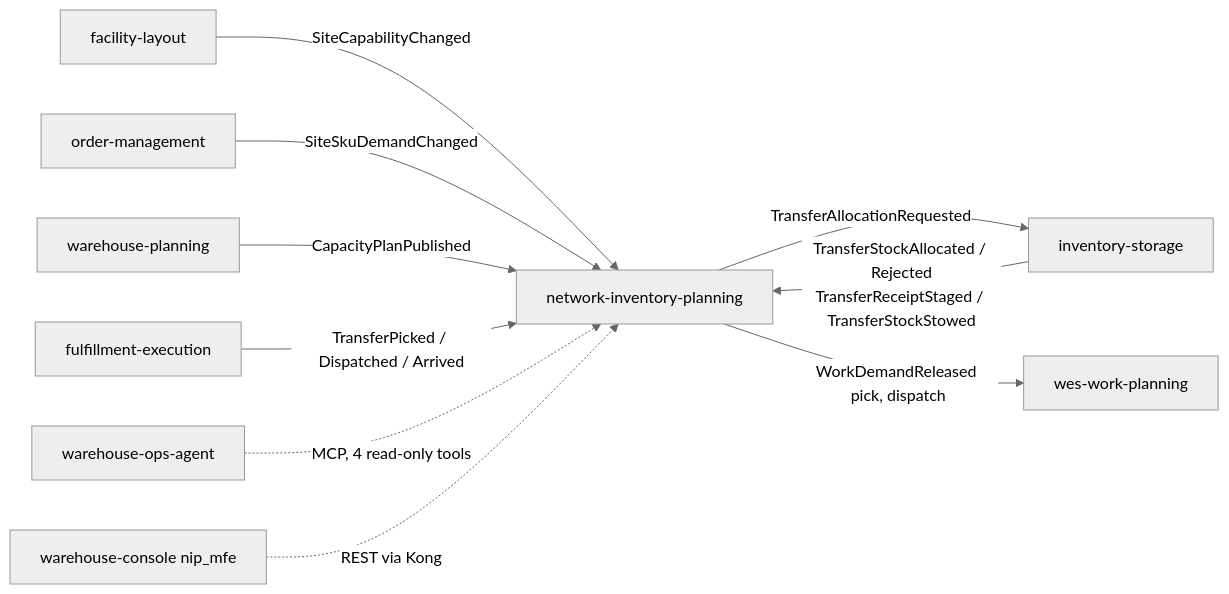
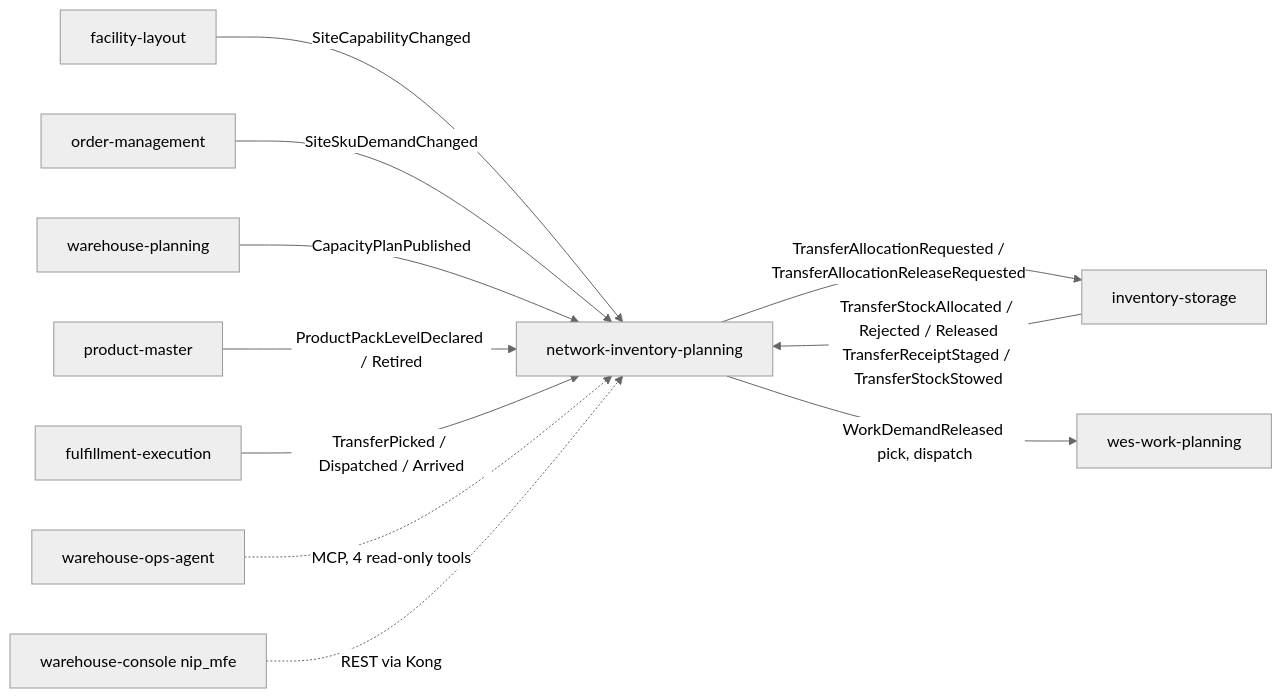
One commit to IQVO/network-inventory-planning changed the diagram in docs/docs/ecosystem/integration.md. Above: the diagram before and after it, drawn with Mermaid (neutral theme). The commit also changed other lines of this file and 15 other files, not shown here.

First line of the commit message:
docs(network-inventory-planning): reconcile docs with the code (EventStorming drift audit)

````diff
--- a/docs/docs/ecosystem/integration.md
+++ b/docs/docs/ecosystem/integration.md
@@ -21,12 +21,13 @@
 ```mermaid
 flowchart LR
   FL[facility-layout] -->|SiteCapabilityChanged| NIP
   OM[order-management] -->|SiteSkuDemandChanged| NIP
   WP[warehouse-planning] -->|CapacityPlanPublished| NIP
-  NIP[network-inventory-planning] -->|TransferAllocationRequested| IS[inventory-storage]
-  IS -->|TransferStockAllocated / Rejected<br/>TransferReceiptStaged / TransferStockStowed| NIP
+  NIP[network-inventory-planning] -->|TransferAllocationRequested /<br/>TransferAllocationReleaseRequested| IS[inventory-storage]
+  IS -->|TransferStockAllocated / Rejected / Released<br/>TransferReceiptStaged / TransferStockStowed| NIP
+  PM[product-master] -->|ProductPackLevelDeclared / Retired| NIP
   NIP -->|WorkDemandReleased pick, dispatch| WWP[wes-work-planning]
   FE[fulfillment-execution] -->|TransferPicked / Dispatched / Arrived| NIP
   OPS[warehouse-ops-agent] -.->|MCP, 4 read-only tools| NIP
   CON[warehouse-console nip_mfe] -.->|REST via Kong| NIP
 ```
````
